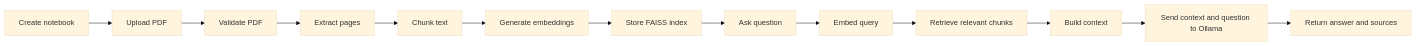
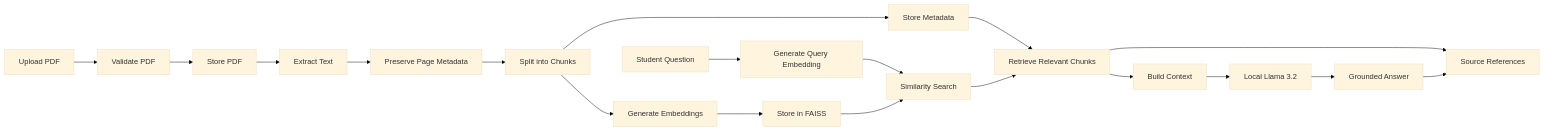
The second of 15 diagrams in README.md (NAITIKK682/ProfessorMindAI), drawn with Mermaid (base theme) before and after one commit. The commit also changed other lines of this file and 7 other files, not shown here.

````diff
--- a/README.md
+++ b/README.md
@@ -94,15 +379,42 @@
 ```mermaid
 flowchart LR
-    Create[Create notebook] --> Upload[Upload PDF]
-    Upload --> Validate[Validate PDF]
-    Validate --> Pages[Extract pages]
-    Pages --> Chunks[Chunk text]
-    Chunks --> Embeddings[Generate embeddings]
-    Embeddings --> Index[Store FAISS index]
-    Index --> Ask[Ask question]
-    Ask --> QueryEmbedding[Embed query]
-    QueryEmbedding --> Search[Retrieve relevant chunks]
-    Search --> Build[Build context]
-    Build --> Generate[Send context and question to Ollama]
-    Generate --> Response[Return answer and sources]
+
+    A[Upload PDF]
+    B[Validate PDF]
+    C[Store PDF]
+    D[Extract Text]
+    E[Preserve Page Metadata]
+    F[Split into Chunks]
+    G[Generate Embeddings]
+    H[Store in FAISS]
+    I[Store Metadata]
+
+    J[Student Question]
+    K[Generate Query Embedding]
+    L[Similarity Search]
+    M[Retrieve Relevant Chunks]
+    N[Build Context]
+    O[Local Llama 3.2]
+    P[Grounded Answer]
+    Q[Source References]
+
+    A --> B
+    B --> C
+    C --> D
+    D --> E
+    E --> F
+    F --> G
+    G --> H
+    F --> I
+
+    J --> K
+    K --> L
+    H --> L
+    I --> M
+    L --> M
+    M --> N
+    N --> O
+    O --> P
+    M --> Q
+    P --> Q
 ```
````
